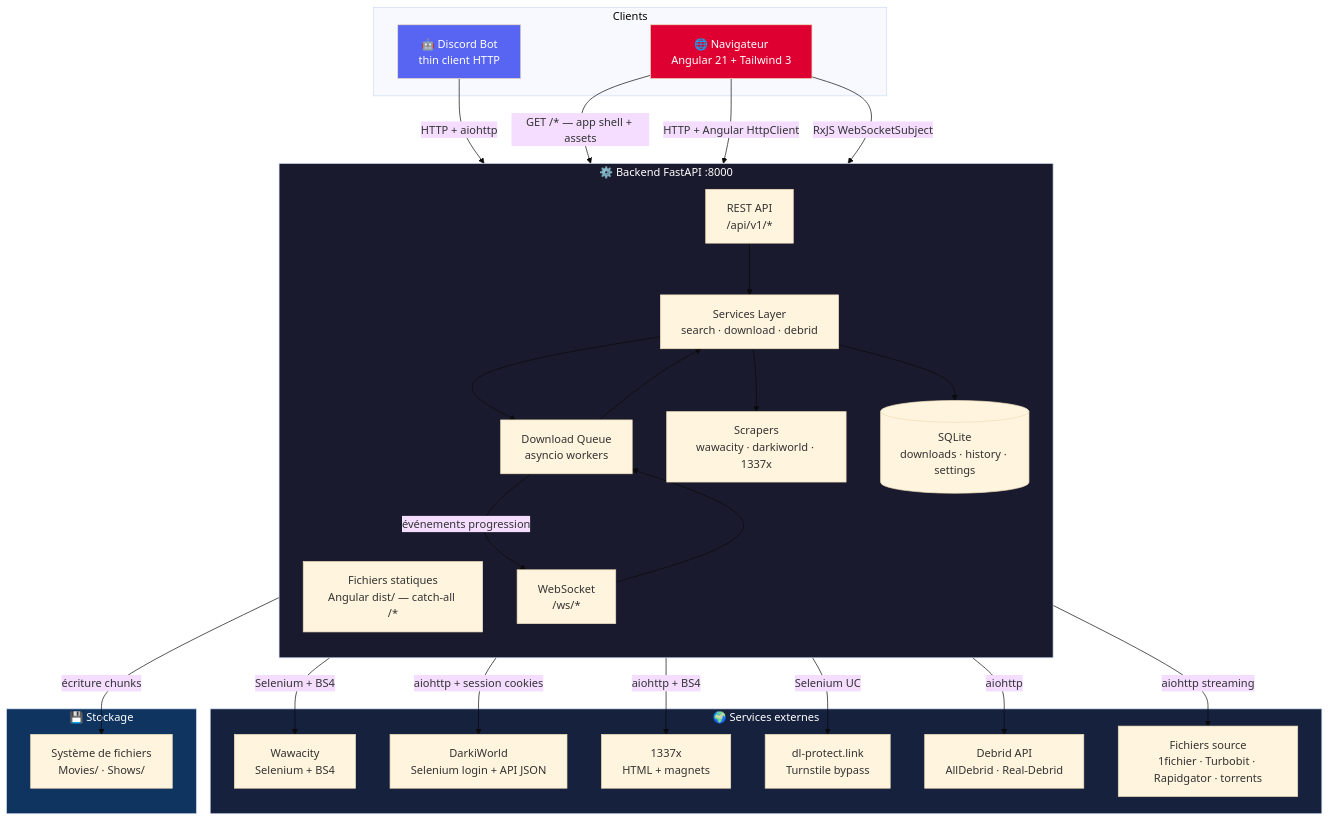
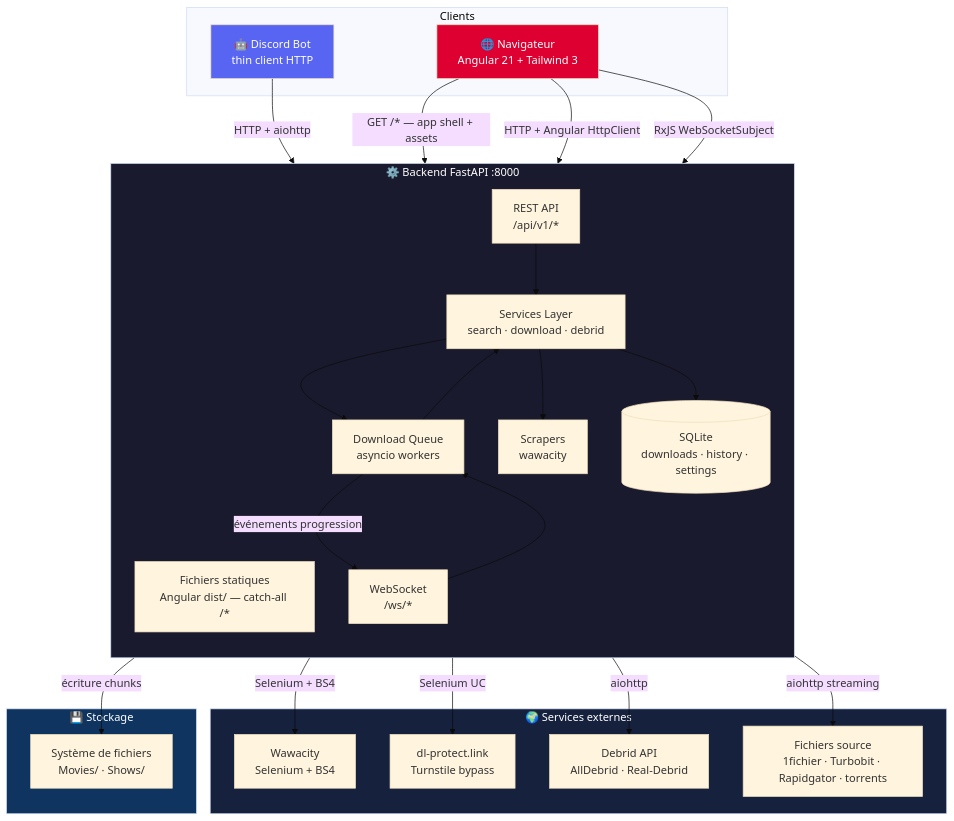
The first of 7 diagrams in docs/architecture-v2.md (Gon3s/dl_discord_bot), drawn with Mermaid (base theme) before and after one commit. The commit also changed other lines of this file and 17 other files, not shown here.

First line of the commit message:
refactor: supprimer DarkiWorld et 1337x, garder uniquement Wawacity

````diff
--- a/docs/architecture-v2.md
+++ b/docs/architecture-v2.md
@@ -5,58 +5,54 @@
 ```mermaid
 graph TB
     subgraph Clients
         DC[🤖 Discord Bot<br/>thin client HTTP]
         WB[🌐 Navigateur<br/>Angular 21 + Tailwind 3]
     end
 
     subgraph Backend["⚙️ Backend FastAPI :8000"]
         direction TB
         SPA[Fichiers statiques<br/>Angular dist/ — catch-all /*]
         API[REST API<br/>/api/v1/*]
         WS[WebSocket<br/>/ws/*]
         SVC[Services Layer<br/>search · download · debrid]
         QUEUE[Download Queue<br/>asyncio workers]
-        SCRAPERS[Scrapers<br/>wawacity · darkiworld · 1337x]
+        SCRAPERS[Scrapers<br/>wawacity]
         DB[(SQLite<br/>downloads · history · settings)]
     end
 
     subgraph External["🌍 Services externes"]
         WAW[Wawacity<br/>Selenium + BS4]
-        DWX[DarkiWorld<br/>Selenium login + API JSON]
-        X1337[1337x<br/>HTML + magnets]
         DLP[dl-protect.link<br/>Turnstile bypass]
         AD[Debrid API<br/>AllDebrid · Real-Debrid]
         CDN[Fichiers source<br/>1fichier · Turbobit · Rapidgator · torrents]
     end
 
     subgraph Storage["💾 Stockage"]
         FS[Système de fichiers<br/>Movies/ · Shows/]
     end
 
     DC -->|HTTP + aiohttp| API
     WB -->|"GET /* — app shell + assets"| SPA
     WB -->|HTTP + Angular HttpClient| API
     WB -->|RxJS WebSocketSubject| WS
 
     API --> SVC
     WS --> QUEUE
     SVC --> QUEUE
     SVC --> SCRAPERS
     SVC --> DB
     QUEUE --> SVC
     QUEUE -->|événements progression| WS
 
     SCRAPERS -->|Selenium + BS4| WAW
-    SCRAPERS -->|aiohttp + session cookies| DWX
-    SCRAPERS -->|aiohttp + BS4| X1337
     SCRAPERS -->|Selenium UC| DLP
     SVC -->|aiohttp| AD
     QUEUE -->|aiohttp streaming| CDN
     QUEUE -->|écriture chunks| FS
 
     style DC fill:#5865F2,color:#fff
     style WB fill:#DD0031,color:#fff
     style Backend fill:#1a1a2e,color:#fff
     style External fill:#16213e,color:#fff
     style Storage fill:#0f3460,color:#fff
 ```
````
